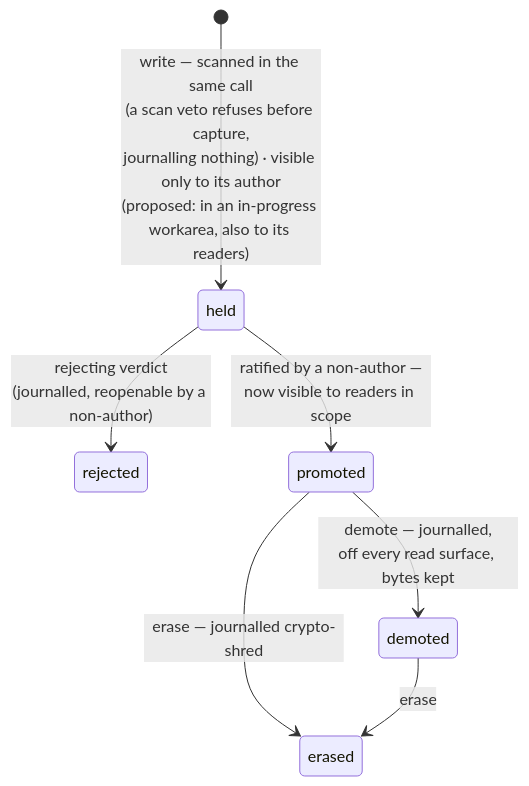
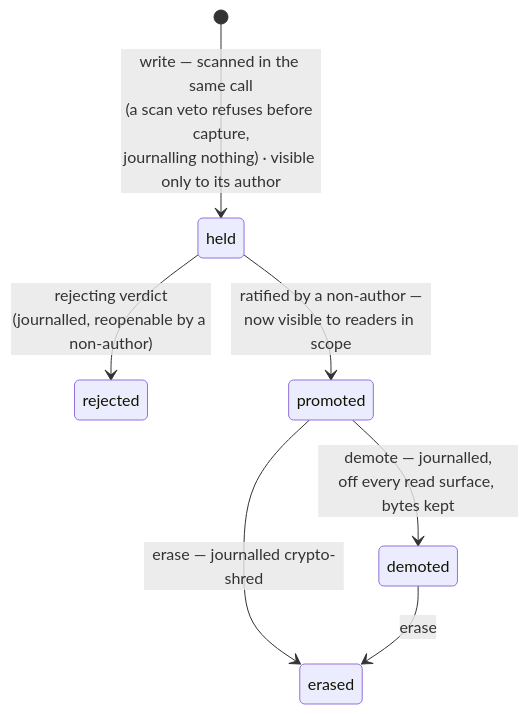
The first of 2 diagrams in docs/concepts.md (e8kor/open-memory-lab), drawn with Mermaid before and after one commit. The commit also changed other lines of this file and 24 other files, not shown here.

````diff
--- a/docs/concepts.md
+++ b/docs/concepts.md
@@ -58,9 +55,9 @@
 ```mermaid
 stateDiagram-v2
-    [*] --> held : write — scanned in the same call<br/>(a scan veto refuses before capture,<br/>journalling nothing) · visible only to its author<br/>(proposed: in an in-progress workarea, also to its readers)
+    [*] --> held : write — scanned in the same call<br/>(a scan veto refuses before capture,<br/>journalling nothing) · visible only to its author
     held --> rejected : rejecting verdict<br/>(journalled, reopenable by a non-author)
     held --> promoted : ratified by a non-author —<br/>now visible to readers in scope
     promoted --> demoted : demote — journalled,<br/>off every read surface, bytes kept
     promoted --> erased : erase — journalled crypto-shred
     demoted --> erased : erase
 ```
````
